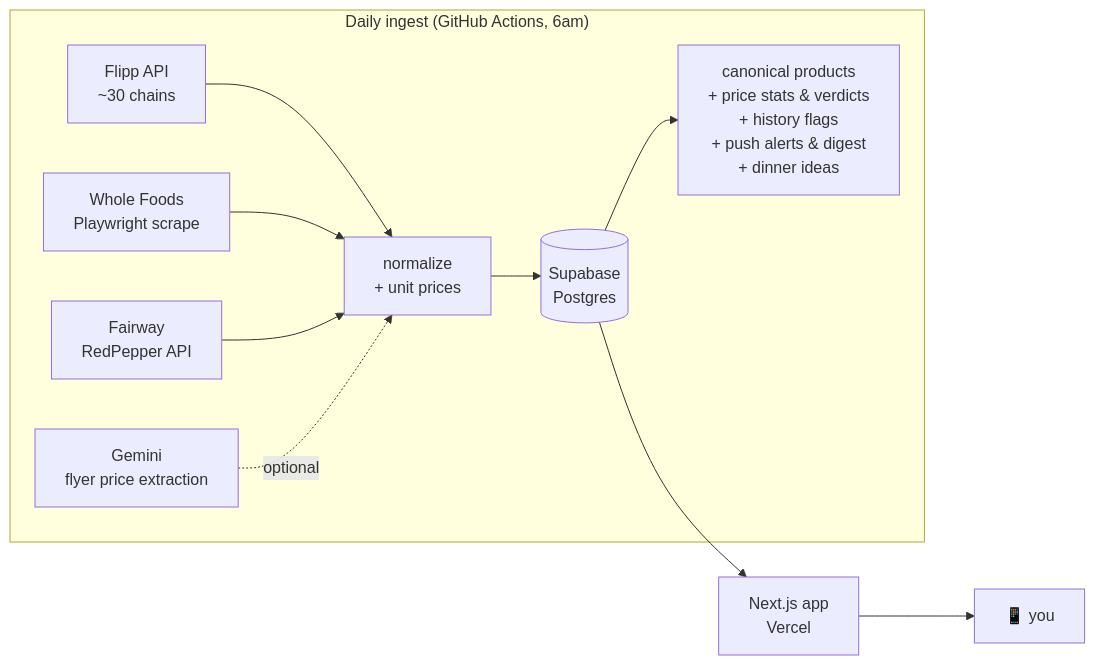
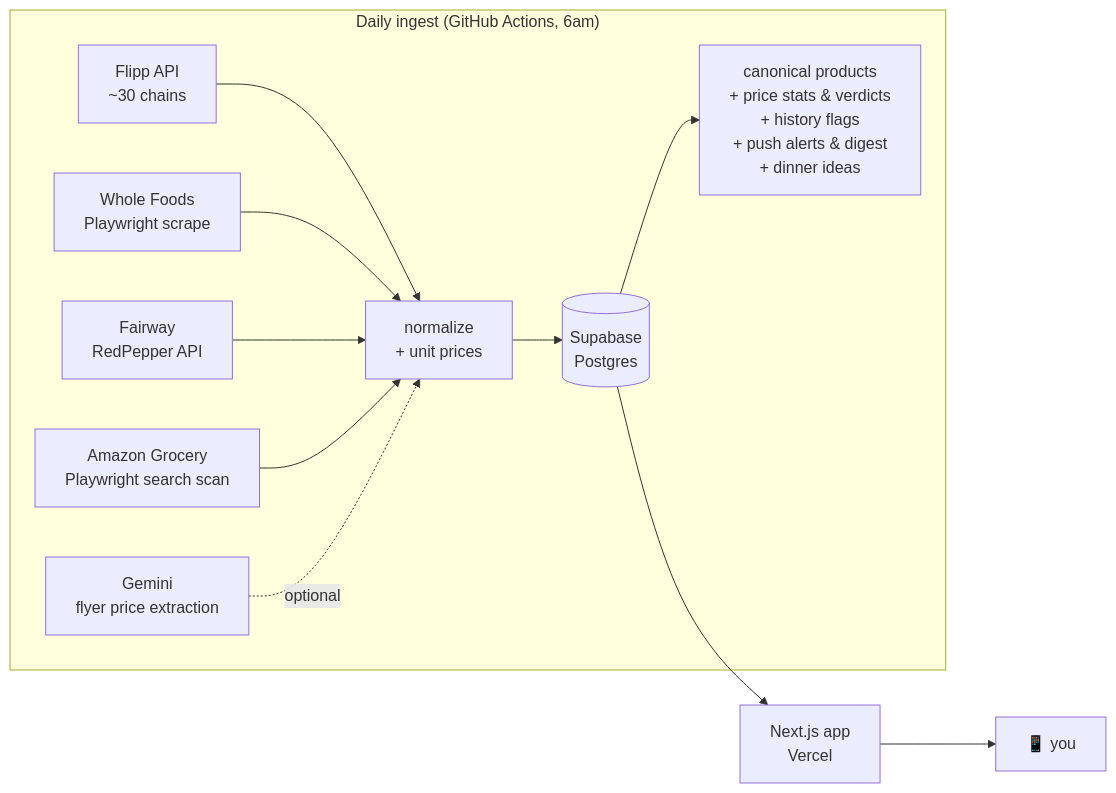
Before and after one commit to ozansozuozgit/deal-radar: the diagram in README.md, drawn with Mermaid. The commit also changed other lines of this file and 8 other files, not shown here.

First line of the commit message:
feat: Amazon Grocery deals as a delivery store

````diff
--- a/README.md
+++ b/README.md
@@ -65,13 +66,14 @@
 ```mermaid
 flowchart LR
   subgraph "Daily ingest (GitHub Actions, 6am)"
     F[Flipp API<br/>~30 chains] --> N[normalize<br/>+ unit prices]
     W[Whole Foods<br/>Playwright scrape] --> N
     R[Fairway<br/>RedPepper API] --> N
+    A[Amazon Grocery<br/>Playwright search scan] --> N
     G[Gemini<br/>flyer price extraction] -.optional.-> N
     N --> DB[(Supabase<br/>Postgres)]
     DB --> H[canonical products<br/>+ price stats & verdicts<br/>+ history flags<br/>+ push alerts & digest<br/>+ dinner ideas]
   end
   DB --> APP[Next.js app<br/>Vercel]
   APP --> U[📱 you]
 ```
````
